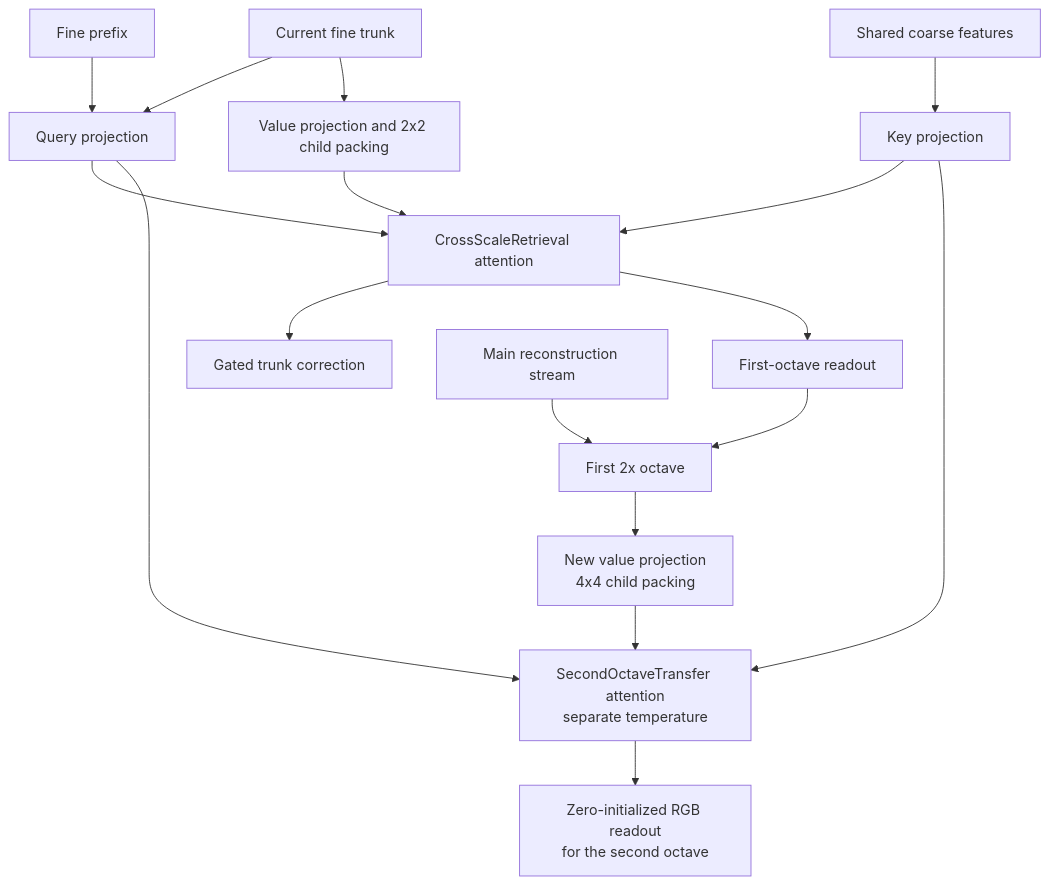
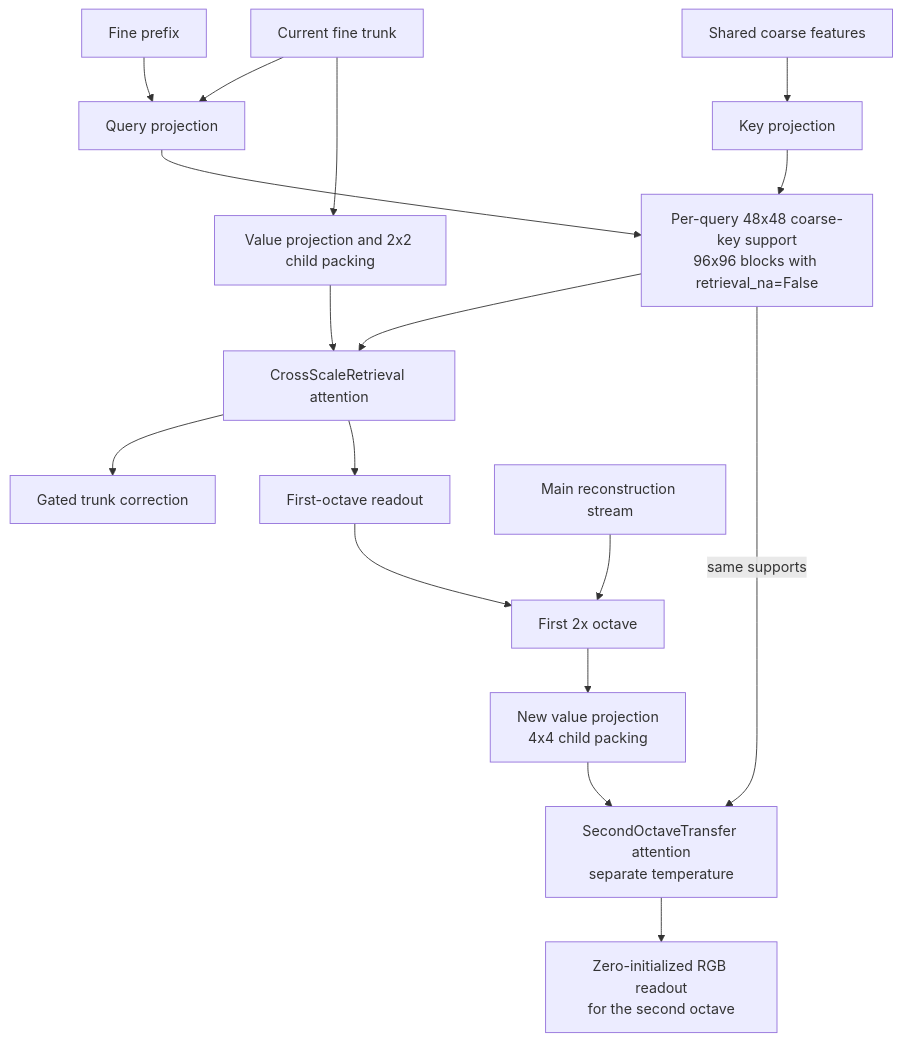
One commit to Rift73/DUAL changed the fifth of 6 diagrams in README.md. Above: the diagram before and after it, drawn with Mermaid. The commit also changed other lines of this file and 1 other file, not shown here.

Commit message:
Restructure the technical report around one Neighbourhood Attention support rule

````diff
--- a/README.md
+++ b/README.md
@@ -146,19 +211,19 @@
 ```mermaid
 flowchart TB
   FP["Fine prefix"] --> Q["Query projection"]
   CUR["Current fine trunk"] --> Q
   COARSE["Shared coarse features"] --> K["Key projection"]
   CUR --> V["Value projection and 2x2 child packing"]
-  Q --> A["CrossScaleRetrieval attention"]
-  K --> A
+  Q --> SUP["Per-query 48x48 coarse-key support<br/>96x96 blocks with retrieval_na=False"]
+  K --> SUP
+  SUP --> A["CrossScaleRetrieval attention"]
   V --> A
   A --> TR["Gated trunk correction"]
   A --> HR["First-octave readout"]
   TAIL["Main reconstruction stream"] --> O["First 2x octave"]
   HR --> O
   O --> V2["New value projection<br/>4x4 child packing"]
-  Q --> A2["SecondOctaveTransfer attention<br/>separate temperature"]
-  K --> A2
+  SUP -->|"same supports"| A2["SecondOctaveTransfer attention<br/>separate temperature"]
   V2 --> A2
   A2 --> RGB["Zero-initialized RGB readout<br/>for the second octave"]
 ```
````
